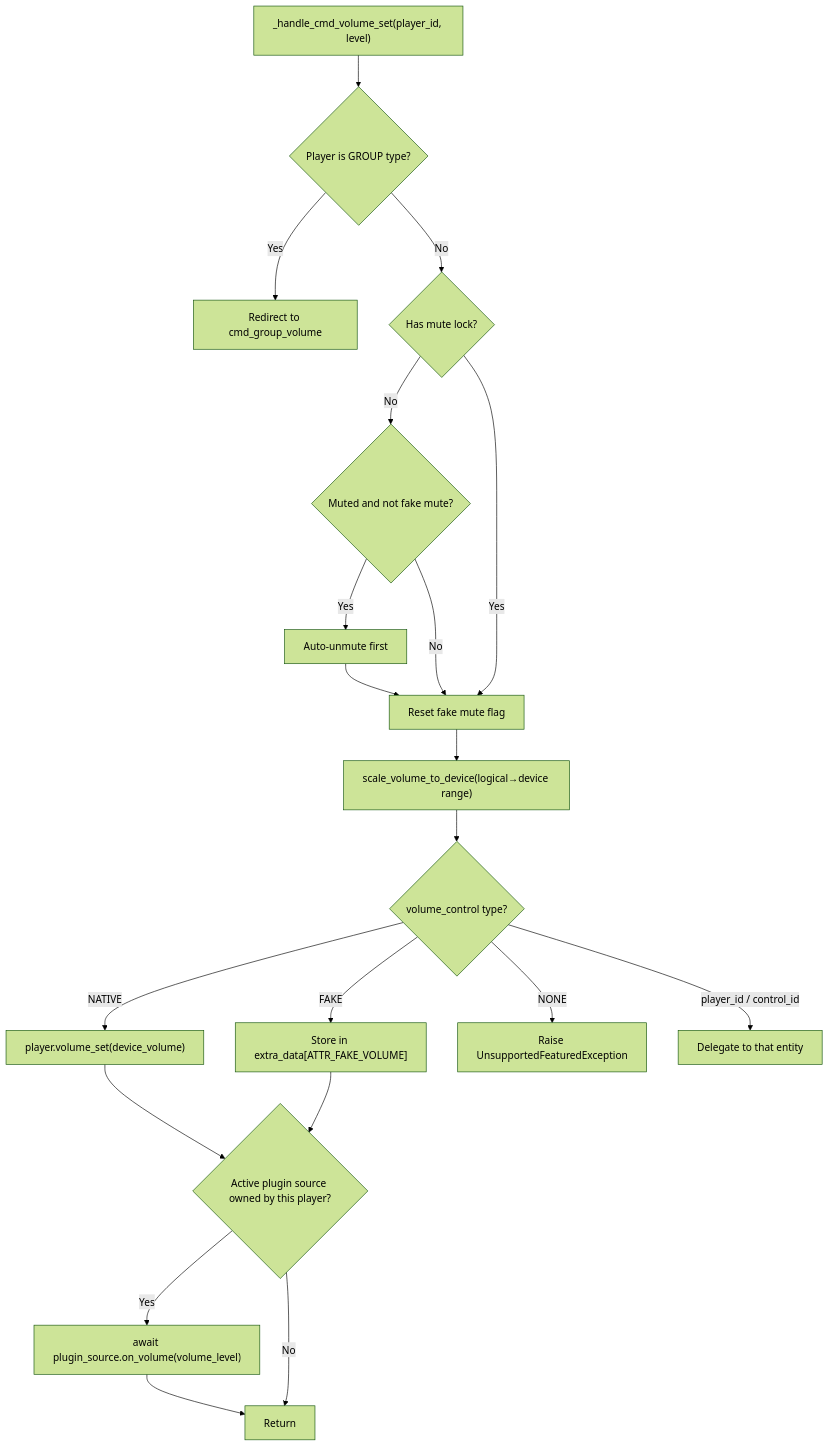
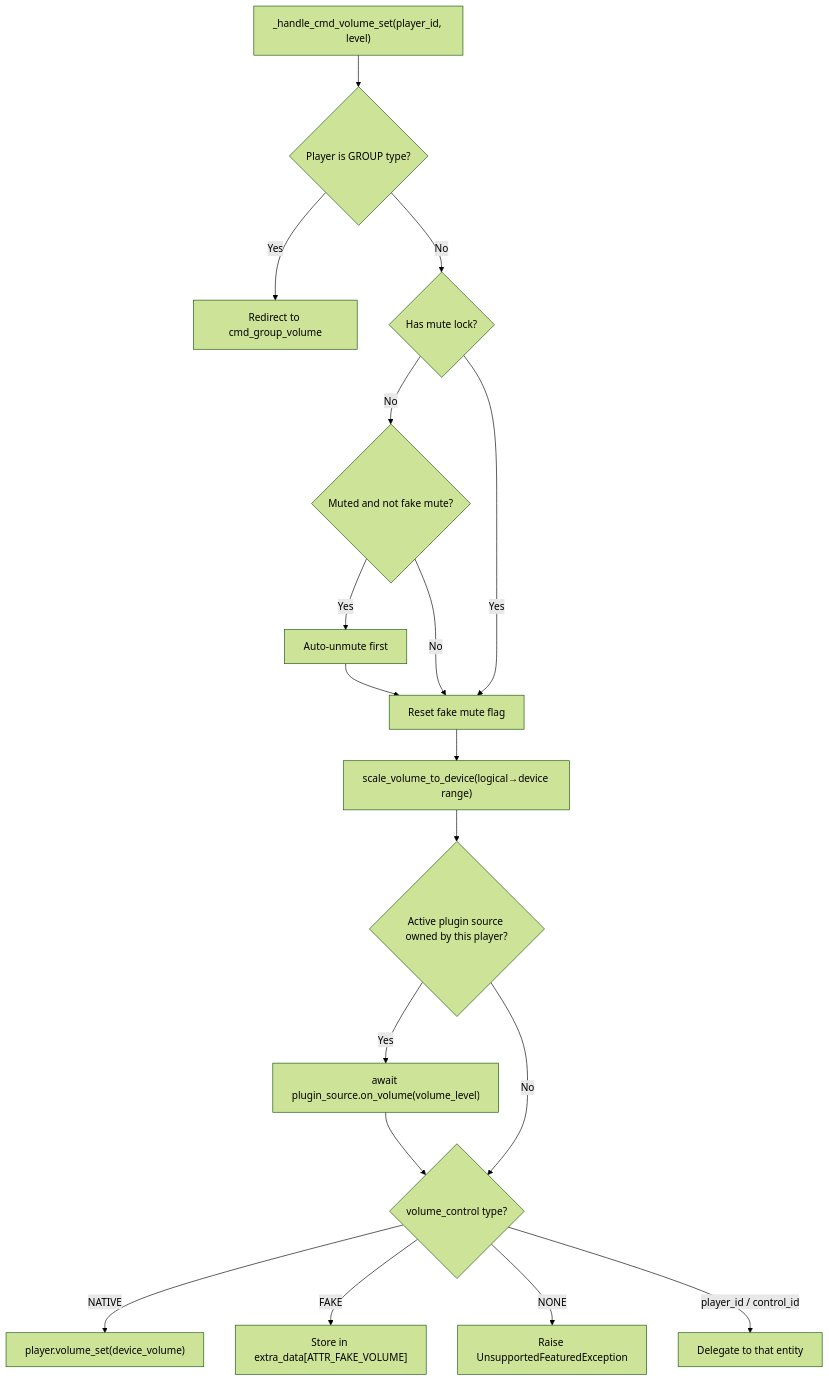
One commit to theturtle32/music-assistant-server changed the first of 2 diagrams in docs/architecture/07-volume.md. Above: the diagram before and after it, drawn with Mermaid (forest theme). The commit also changed other lines of this file and 1 other file, not shown here.

First line of the commit message:
docs(architecture): document state-update fan-out, locking, deselect_source; fix volume order

````diff
--- a/docs/architecture/07-volume.md
+++ b/docs/architecture/07-volume.md
@@ -11,22 +11,20 @@
 ```mermaid
 flowchart TD
     A["_handle_cmd_volume_set(player_id, level)"] --> B{Player is GROUP type?}
     B -- Yes --> C[Redirect to cmd_group_volume]
     B -- No --> D{Has mute lock?}
     D -- No --> E{Muted and not fake mute?}
     E -- Yes --> F[Auto-unmute first]
     E -- No --> G[Reset fake mute flag]
     D -- Yes --> G
     F --> G
     G --> H["scale_volume_to_device(logical→device range)"]
-    H --> J{volume_control type?}
+    H --> O{Active plugin source owned by this player?}
+    O -- Yes --> P["await plugin_source.on_volume(volume_level)"]
+    O -- No --> J{volume_control type?}
+    P --> J
     J -- NATIVE --> K["player.volume_set(device_volume)"]
     J -- FAKE --> L["Store in extra_data[ATTR_FAKE_VOLUME]"]
     J -- NONE --> M[Raise UnsupportedFeaturedException]
     J -- "player_id / control_id" --> N[Delegate to that entity]
-    K --> O{Active plugin source owned by this player?}
-    L --> O
-    O -- Yes --> P["await plugin_source.on_volume(volume_level)"]
-    O -- No --> Q[Return]
-    P --> Q
 ```
````
